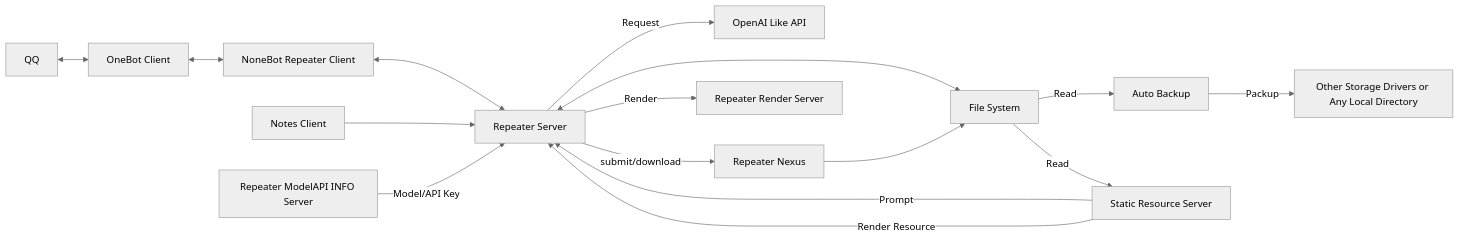
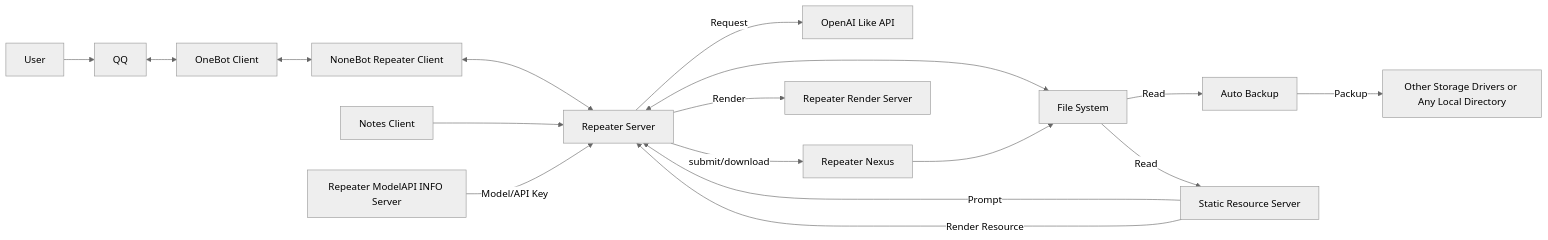
Before and after one commit to qeggs-dev/repeater-document-library: the diagram in docs/index.md, drawn with Mermaid (neutral theme). The commit also changed other lines of this file, not shown here.

First line of the commit message:
docs(index): 更新版本号并完善架构图和客户端服务端说明

````diff
--- a/docs/index.md
+++ b/docs/index.md
@@ -124,18 +124,19 @@
 ``` mermaid
 graph LR
+    User --> QQ
     QQ <--> A
     A[OneBot Client] <--> B[NoneBot Repeater Client]
     B <--> C[Repeater Server]
     C -->|Request| D[OpenAI Like API]
     C <--> E[File System]
     F[Notes Client] --> C
     E -->|Read| G[Auto Backup]
     G -->|Packup| H[Other Storage Drivers or Any Local Directory]
     I[Repeater ModelAPI INFO Server] -->|Model/API Key| C
     J[Static Resource Server] -->|Prompt| C
     J -->|Render Resource| C
     E -->|Read| J
     C -->|submit/download| K[Repeater Nexus]
     K --> E
     C -->|Render| L[Repeater Render Server]
 ```
````
